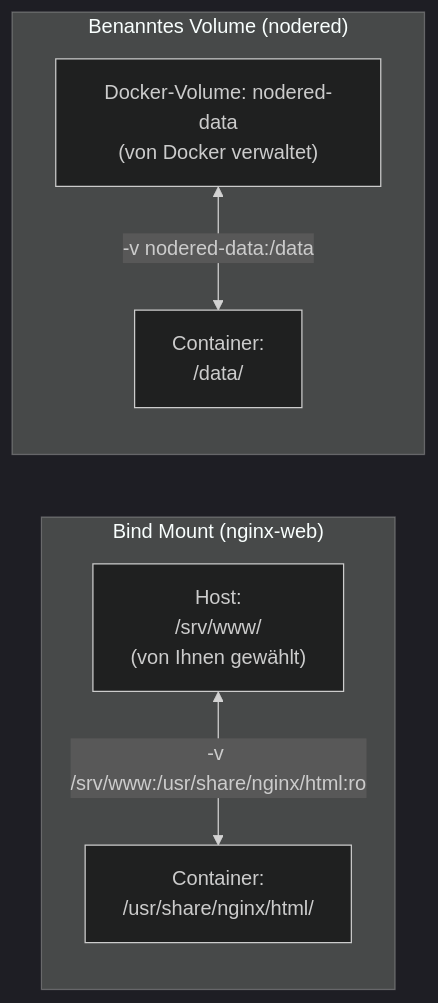
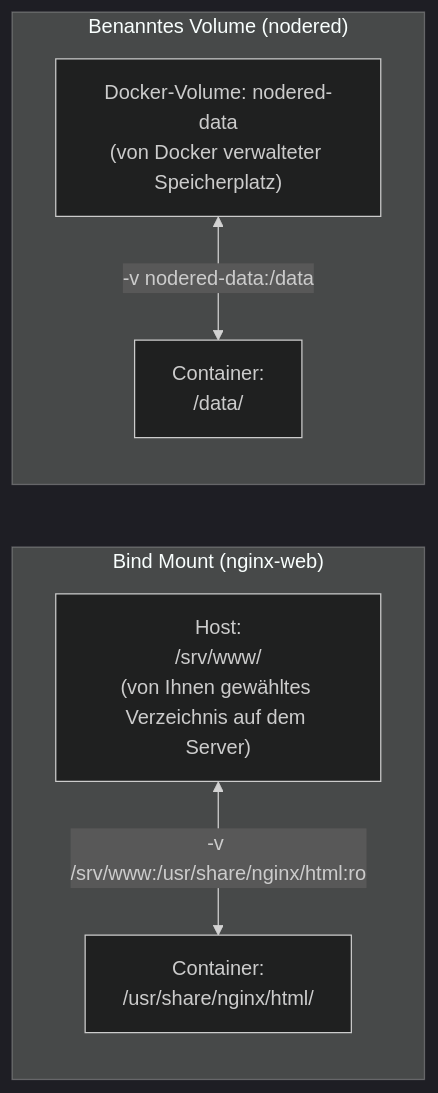
Before and after one commit to Lotter69/2026_02_linux: the diagram in Lab_05.md, drawn with Mermaid (dark theme).

Commit message:
Verbesserte Beschreibungen der Speicherwege in der Diagramm-Darstellung.

````diff
--- a/Lab_05.md
+++ b/Lab_05.md
@@ -356,9 +356,9 @@
 ```mermaid
 flowchart LR
     subgraph BM["Bind Mount (nginx-web)"]
-        HostDir["Host:<br/>/srv/www/<br/>(von Ihnen gewählt)"] <-->|"-v /srv/www:/usr/share/nginx/html:ro"| CDir["Container:<br/>/usr/share/nginx/html/"]
+        HostDir["Host:<br/>/srv/www/<br/>(von Ihnen gewähltes Verzeichnis auf dem Server)"] <-->|"-v /srv/www:/usr/share/nginx/html:ro"| CDir["Container:<br/>/usr/share/nginx/html/"]
     end
     subgraph NV["Benanntes Volume (nodered)"]
-        DockerVol["Docker-Volume: nodered-data<br/>(von Docker verwaltet)"] <-->|"-v nodered-data:/data"| CData["Container:<br/>/data/"]
+        DockerVol["Docker-Volume: nodered-data<br/>(von Docker verwalteter Speicherplatz)"] <-->|"-v nodered-data:/data"| CData["Container:<br/>/data/"]
     end
 ```
````
